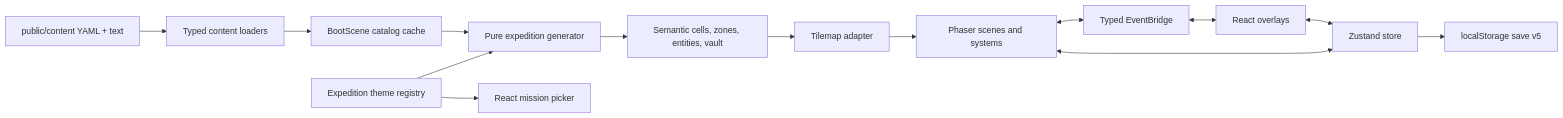
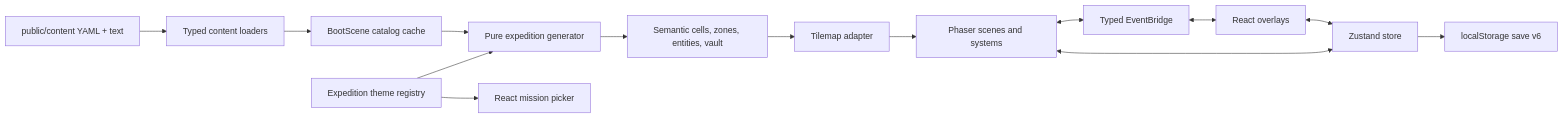
The diagram in docs/ARCHITECTURE.md (sethwilsonUS/starship-alexandria), drawn with Mermaid before and after one commit. The commit also changed other lines of this file and 40 other files, not shown here.

````diff
--- a/docs/ARCHITECTURE.md
+++ b/docs/ARCHITECTURE.md
@@ -7,16 +7,16 @@
 ```mermaid
 flowchart LR
   C["public/content YAML + text"] --> L["Typed content loaders"]
   L --> B["BootScene catalog cache"]
   B --> G["Pure expedition generator"]
   T["Expedition theme registry"] --> P["React mission picker"]
   T --> G
   G --> S["Semantic cells, zones, entities, vault"]
   S --> A["Tilemap adapter"]
   A --> PH["Phaser scenes and systems"]
   PH <--> E["Typed EventBridge"]
   E <--> R["React overlays"]
   R <--> Z["Zustand store"]
   PH <--> Z
-  Z --> V5["localStorage save v5"]
+  Z --> V6["localStorage save v6"]
 ```
````
